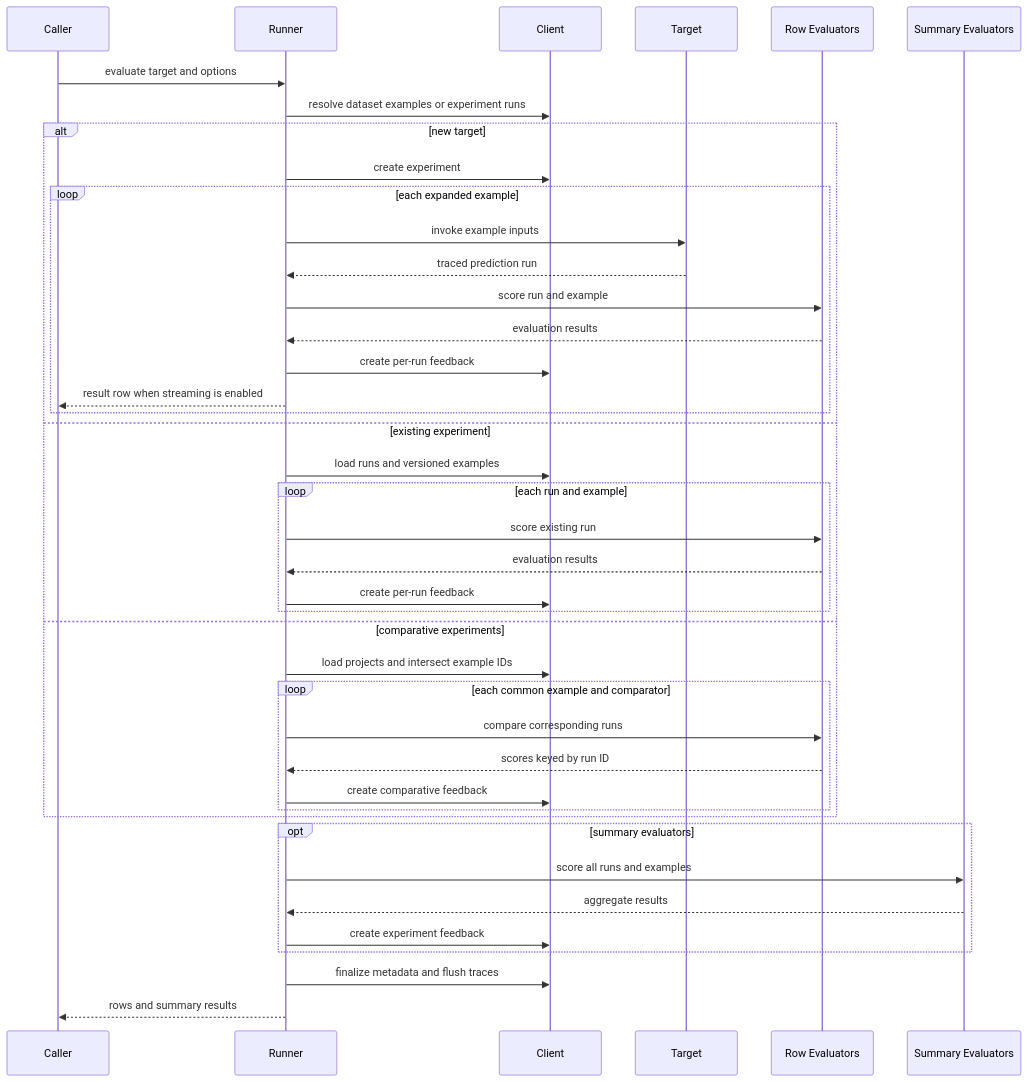
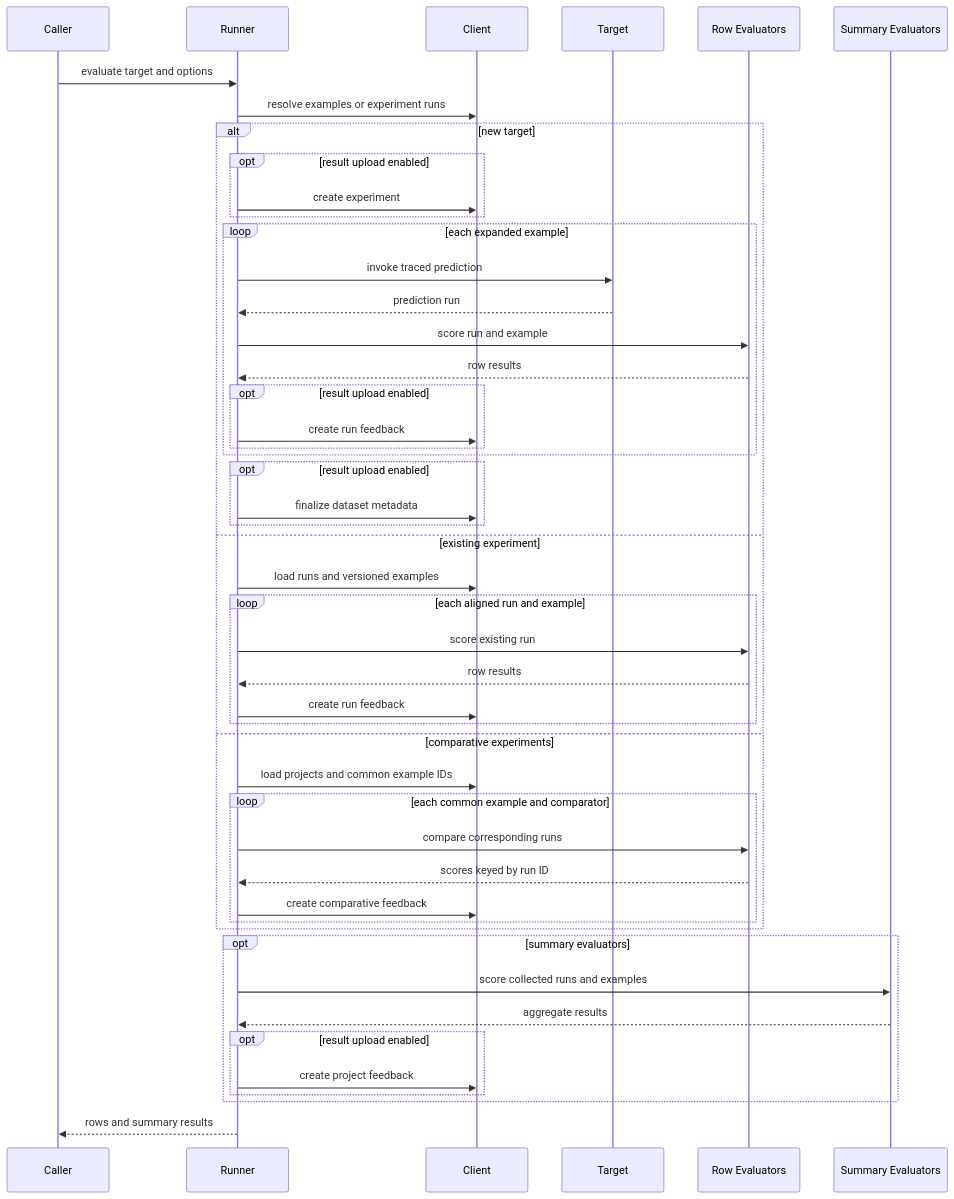
The diagram in openwiki/workflows/evaluation-and-experiments.md (langchain-ai/langsmith-sdk), drawn with Mermaid before and after one commit. The commit also changed other lines of this file and 30 other files, not shown here.

````diff
--- a/openwiki/workflows/evaluation-and-experiments.md
+++ b/openwiki/workflows/evaluation-and-experiments.md
@@ -47,44 +49,51 @@
 ```mermaid
 sequenceDiagram
     participant Caller
     participant Runner
     participant Client
     participant Target
     participant RowEval as Row Evaluators
     participant SummaryEval as Summary Evaluators
 
     Caller->>Runner: evaluate target and options
-    Runner->>Client: resolve dataset examples or experiment runs
+    Runner->>Client: resolve examples or experiment runs
     alt new target
-        Runner->>Client: create experiment
+        opt result upload enabled
+            Runner->>Client: create experiment
+        end
         loop each expanded example
-            Runner->>Target: invoke example inputs
-            Target-->>Runner: traced prediction run
+            Runner->>Target: invoke traced prediction
+            Target-->>Runner: prediction run
             Runner->>RowEval: score run and example
-            RowEval-->>Runner: evaluation results
-            Runner->>Client: create per-run feedback
-            Runner-->>Caller: result row when streaming is enabled
+            RowEval-->>Runner: row results
+            opt result upload enabled
+                Runner->>Client: create run feedback
+            end
+        end
+        opt result upload enabled
+            Runner->>Client: finalize dataset metadata
         end
     else existing experiment
         Runner->>Client: load runs and versioned examples
-        loop each run and example
+        loop each aligned run and example
             Runner->>RowEval: score existing run
-            RowEval-->>Runner: evaluation results
-            Runner->>Client: create per-run feedback
+            RowEval-->>Runner: row results
+            Runner->>Client: create run feedback
         end
     else comparative experiments
-        Runner->>Client: load projects and intersect example IDs
+        Runner->>Client: load projects and common example IDs
         loop each common example and comparator
             Runner->>RowEval: compare corresponding runs
             RowEval-->>Runner: scores keyed by run ID
             Runner->>Client: create comparative feedback
         end
     end
     opt summary evaluators
-        Runner->>SummaryEval: score all runs and examples
+        Runner->>SummaryEval: score collected runs and examples
         SummaryEval-->>Runner: aggregate results
-        Runner->>Client: create experiment feedback
+        opt result upload enabled
+            Runner->>Client: create project feedback
+        end
     end
-    Runner->>Client: finalize metadata and flush traces
     Runner-->>Caller: rows and summary results
 ```
````
